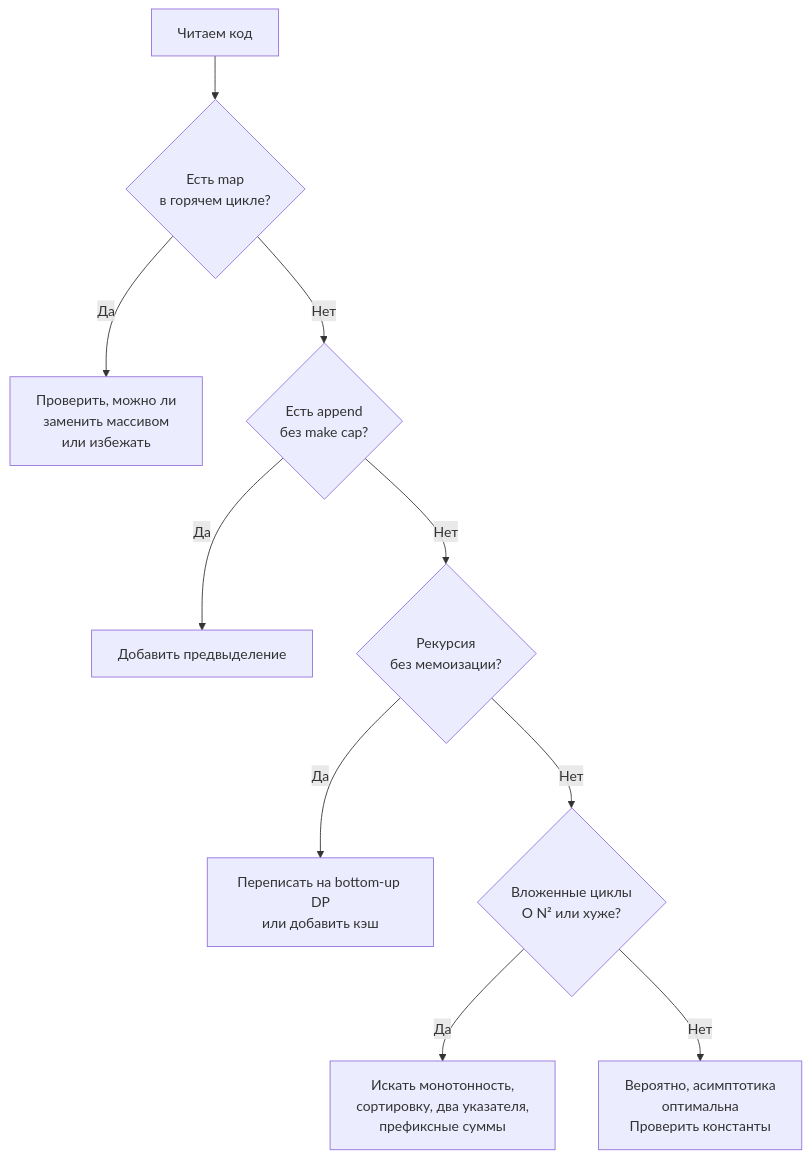
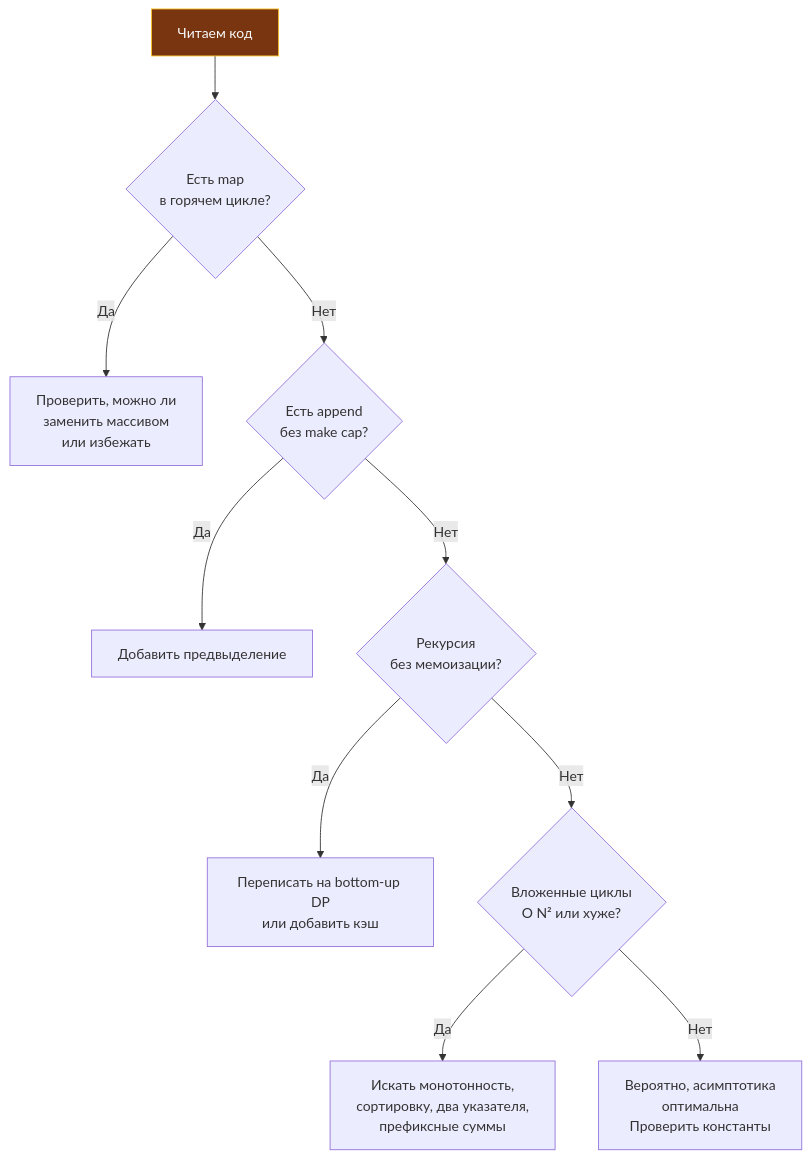
One commit to UnrealTemplier/go-textbook changed the diagram in sources/21. Задачи с LeetCode и собеседований на Go/01. Теория/17. Как находить узкие места.md. Above: the diagram before and after it, drawn with Mermaid. The commit also changed 1666 other files, not shown here.

First line of the commit message:
feat(mermaid): add semantic color classDef to 1369 colorless flowchart/graph diagrams

````diff
--- a/sources/21. Задачи с LeetCode и собеседований на Go/01. Теория/17. Как находить узкие места.md
+++ b/sources/21. Задачи с LeetCode и собеседований на Go/01. Теория/17. Как находить узкие места.md
@@ -29,12 +29,22 @@
 ```mermaid
 flowchart TD
-    Code["Читаем код"] --> Map{"Есть map<br>в горячем цикле?"}
+    classDef process  fill:#1e293b,stroke:#38bdf8,stroke-width:1px,color:#f8fafc
+    classDef success  fill:#064e3b,stroke:#34d399,stroke-width:1px,color:#f8fafc
+    classDef error    fill:#7f1d1d,stroke:#f87171,stroke-width:1px,color:#f8fafc
+    classDef warning  fill:#78350f,stroke:#fbbf24,stroke-width:1px,color:#f8fafc
+    classDef entry    fill:#1e3a5f,stroke:#38bdf8,stroke-width:2px,color:#f8fafc
+    classDef aux      fill:#334155,stroke:#64748b,stroke-width:1px,color:#f8fafc
+    classDef system   fill:#312e81,stroke:#a78bfa,stroke-width:1px,color:#f8fafc
+    classDef data     fill:#132d29,stroke:#2dd4bf,stroke-width:1px,color:#f8fafc
+    classDef network  fill:#881337,stroke:#fb7185,stroke-width:1px,color:#f8fafc
+    classDef accent   fill:#1e1b4b,stroke:#818cf8,stroke-width:1px,color:#f8fafc
+    Code["Читаем код"]:::warning --> Map{"Есть map<br>в горячем цикле?"}
     Map -->|"Да"| M1["Проверить, можно ли<br>заменить массивом<br>или избежать"]
     Map -->|"Нет"| Slice{"Есть append<br>без make cap?"}
     Slice -->|"Да"| S1["Добавить предвыделение"]
     Slice -->|"Нет"| Recurse{"Рекурсия<br>без мемоизации?"}
     Recurse -->|"Да"| R1["Переписать на bottom-up DP<br>или добавить кэш"]
     Recurse -->|"Нет"| Loop{"Вложенные циклы<br>O N² или хуже?"}
     Loop -->|"Да"| L1["Искать монотонность,<br>сортировку, два указателя,<br>префиксные суммы"]
     Loop -->|"Нет"| Done["Вероятно, асимптотика<br>оптимальна<br>Проверить константы"]
 ```
````
